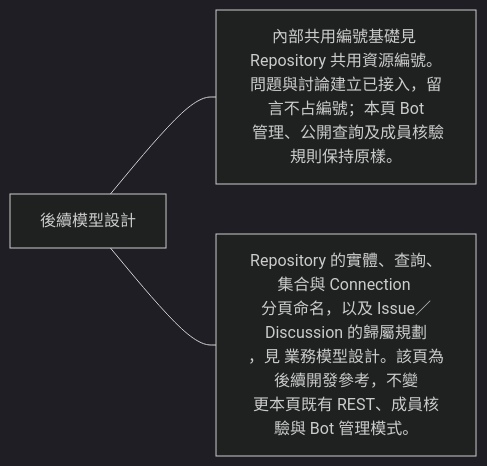
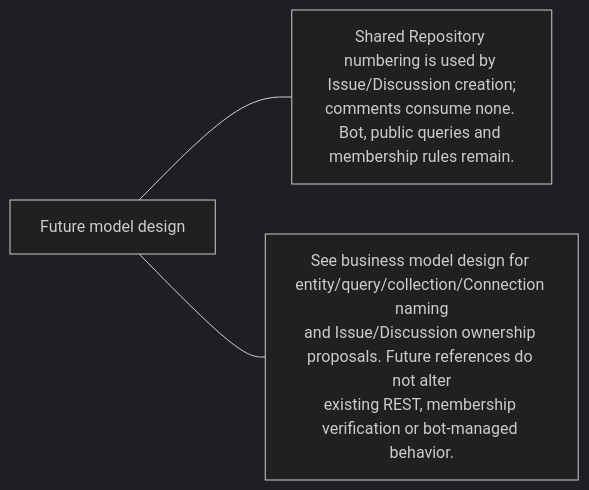
Before and after one commit to 963sup/line-mini-app-bot: diagram 11 of 12 in docs/domains/repository/README.md, drawn with Mermaid (dark theme). The commit also changed other lines of this file and 341 other files, not shown here.

First line of the commit message:
docs: standardize repository guidance and consolidate service references

````diff
--- a/docs/domains/repository/README.md
+++ b/docs/domains/repository/README.md
@@ -195,8 +201,8 @@
 ```mermaid
 flowchart LR
-  h["後續模型設計"]
-  h --- n0["內部共用編號基礎見 Repository 共用資源編號。<br/>問題與討論建立已接入，留言不占編號；本頁 Bot<br/> 管理、公開查詢及成員核驗規則保持原樣。"]
+  h["Future model design"]
+  h --- n0["Shared Repository numbering is used by Issue/Discussion creation;<br/>comments consume none. Bot, public queries and membership rules remain."]
   click n0 "numbering.md"
-  h --- n1["Repository 的實體、查詢、集合與 Connection <br/>分頁命名，以及 Issue／Discussion 的歸屬規劃<br/>，見 業務模型設計。該頁為後續開發參考，不變<br/>更本頁既有 REST、成員核驗與 Bot 管理模式。"]
+  h --- n1["See business model design for entity/query/collection/Connection naming<br/>and Issue/Discussion ownership proposals. Future references do not alter<br/>existing REST, membership verification or bot-managed behavior."]
   click n1 "../../proposals/platform/domain-model.md"
 ```
````
